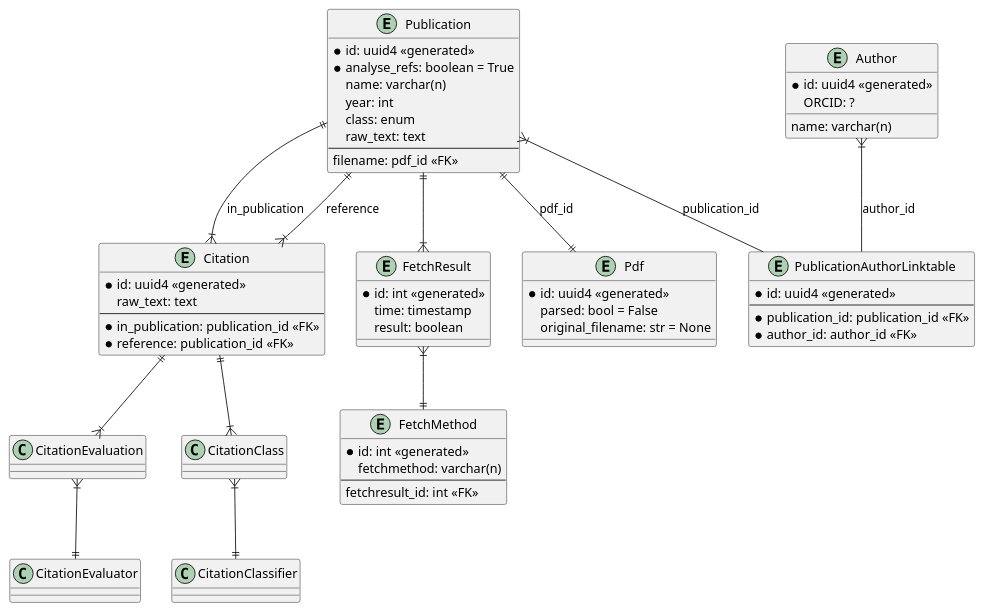
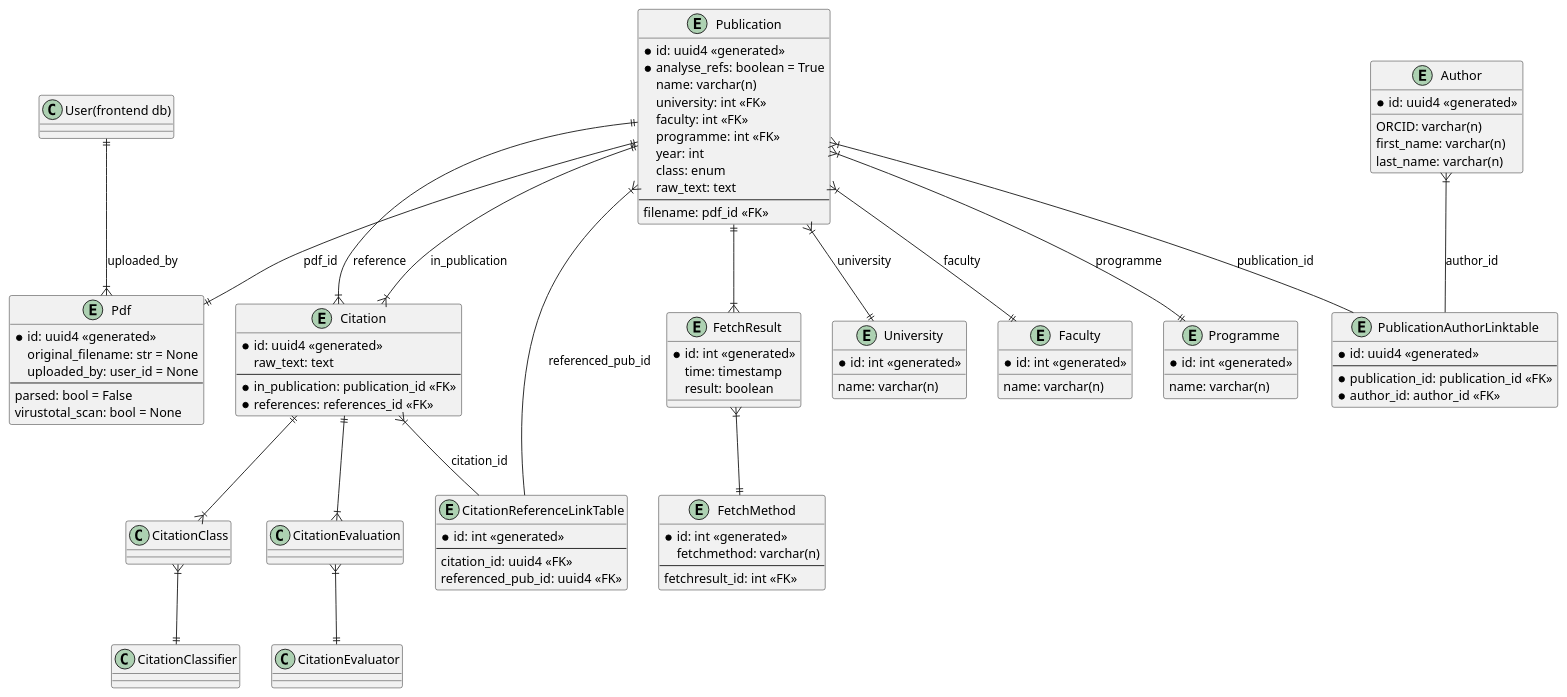
The diagram in docs/database_schema.puml (ouspg/refhandler), drawn with PlantUML before and after one commit.

Commit message:
progress on database schema

```diff
--- a/docs/database_schema.puml
+++ b/docs/database_schema.puml
@@ -1,74 +1,108 @@
 @startuml Database Schema
 'skinparam linetype ortho
 
 entity Publication{
     *id: uuid4 <<generated>>
     *analyse_refs: boolean = True
     name: varchar(n)
-    'university
-    'faculty
-    'programme
+    university: int <<FK>>
+    faculty: int <<FK>>
+    programme: int <<FK>>
     year: int
     class: enum
     raw_text: text
     --
     filename: pdf_id <<FK>>
 }
 
 entity Pdf {
     *id: uuid4 <<generated>>
+    original_filename: str = None
+    uploaded_by: user_id = None
+    --
     parsed: bool = False
-    original_filename: str = None
-
+    virustotal_scan: bool = None
 }
 
 entity PublicationAuthorLinktable{
     *id: uuid4 <<generated>>
     --
     *publication_id: publication_id <<FK>>
     *author_id: author_id <<FK>>
 }
 
 entity Author{
     *id: uuid4 <<generated>>
-    ORCID: ?
-    name: varchar(n)
+    ORCID: varchar(n)
+    first_name: varchar(n)
+    last_name: varchar(n)
 }
 
 entity Citation{
     *id: uuid4 <<generated>>
     raw_text: text
     --
     *in_publication: publication_id <<FK>>
-    *reference: publication_id <<FK>>
+    *references: references_id <<FK>>
+}
+
+entity CitationReferenceLinkTable{
+    *id: int <<generated>>
+    --
+    citation_id: uuid4 <<FK>>
+    referenced_pub_id: uuid4 <<FK>>
 }
 
 entity FetchResult{
     *id: int <<generated>>
     time: timestamp
     result: boolean
 }
 
 entity FetchMethod{
     *id: int <<generated>>
     fetchmethod: varchar(n)
     --
     fetchresult_id: int <<FK>>
 }
 
+entity University{
+    *id: int <<generated>>
+    name: varchar(n)
+}
+
+entity Faculty{
+    *id: int <<generated>>
+    name: varchar(n)
+}
+
+entity Programme{
+    *id: int <<generated>>
+    name: varchar(n)
+}
+
+"User(frontend db)" ||--|{ Pdf: uploaded_by
+
 Publication ||--|| Pdf: pdf_id
 Publication }|-- PublicationAuthorLinktable: publication_id
 Author }|-- PublicationAuthorLinktable: author_id
 
 Publication ||--|{ FetchResult
 FetchResult }|--|| FetchMethod
 
 Publication ||--|{ Citation: in_publication
 Publication ||--|{ Citation: reference
 
+Citation }|-- CitationReferenceLinkTable: citation_id
+CitationReferenceLinkTable --|{ Publication: referenced_pub_id
+
 Citation ||--|{ CitationClass
 CitationClass }|--|| CitationClassifier
 Citation ||--|{ CitationEvaluation
 CitationEvaluation }|--|| CitationEvaluator
 
+Publication }|--|| University: university
+Publication }|--|| Faculty: faculty
+Publication }|--|| Programme: programme
+
 @enduml
```
